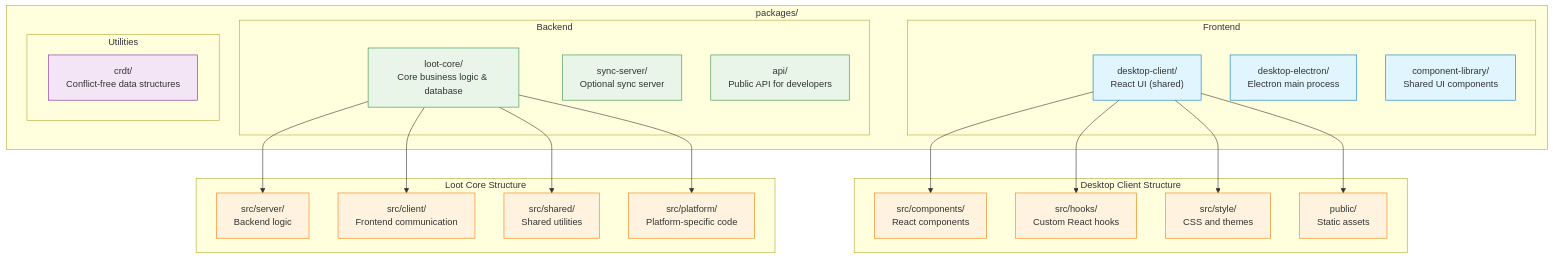
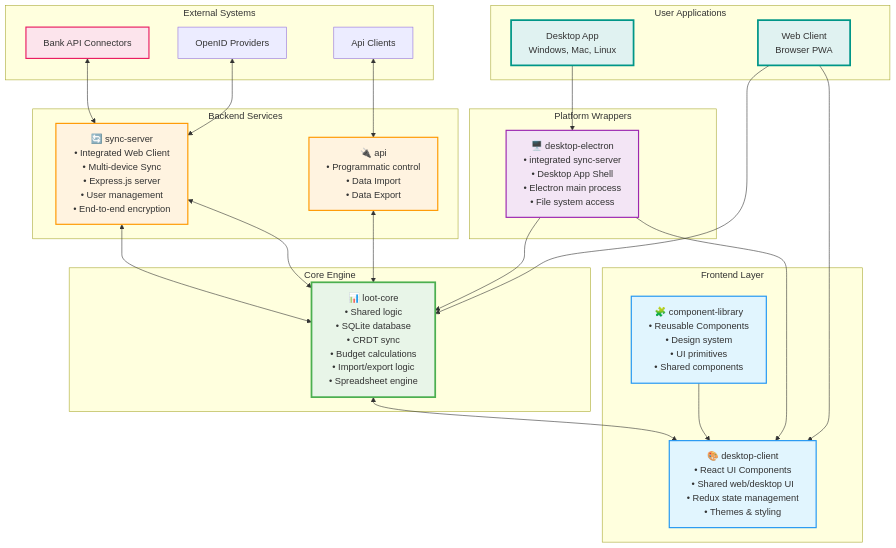
Before and after one commit to actualbudget/docs: the second of 9 diagrams in docs/contributing/project-details/architecture-diagram.md, drawn with Mermaid. The commit also changed other lines of this file and 1 other file, not shown here.

````diff
--- a/docs/contributing/project-details/architecture-diagram.md
+++ b/docs/contributing/project-details/architecture-diagram.md
@@ -44,54 +45,97 @@
 ```mermaid
 graph TB
-    subgraph "packages/"
-        subgraph "Frontend"
-            DC["desktop-client/<br/>React UI (shared)"]
-            DE["desktop-electron/<br/>Electron main process"]
-            CL["component-library/<br/>Shared UI components"]
-        end
-
-        subgraph "Backend"
-            LC["loot-core/<br/>Core business logic & database"]
-            SS["sync-server/<br/>Optional sync server"]
-            API["api/<br/>Public API for developers"]
-        end
-
-        subgraph "Utilities"
-            CRDT["crdt/<br/>Conflict-free data structures"]
-        end
+    subgraph "External Systems"
+        BankAPIs["Bank API Connectors"]
+        OpenID["OpenID Providers"]
+        APIClient["Api Clients"]
     end
 
-    subgraph "Desktop Client Structure"
-        DC_COMP["src/components/<br/>React components"]
-        DC_HOOKS["src/hooks/<br/>Custom React hooks"]
-        DC_STYLE["src/style/<br/>CSS and themes"]
-        DC_PUBLIC["public/<br/>Static assets"]
+    subgraph "Core Engine"
+        LC["📊 loot-core
+        • Shared logic
+        • SQLite database
+        • CRDT sync
+        • Budget calculations
+        • Import/export logic
+        • Spreadsheet engine"]
     end
 
-    subgraph "Loot Core Structure"
-        LC_SERVER["src/server/<br/>Backend logic"]
-        LC_CLIENT["src/client/<br/>Frontend communication"]
-        LC_SHARED["src/shared/<br/>Shared utilities"]
-        LC_PLATFORM["src/platform/<br/>Platform-specific code"]
+    subgraph "Backend Services"
+        SS["🔄 sync-server
+        • Integrated Web Client
+        • Multi-device Sync
+        • Express.js server
+        • User management
+        • End-to-end encryption"]
+        API["🔌 api
+        • Programmatic control
+        • Data Import
+        • Data Export"]
     end
 
-    DC --> DC_COMP
-    DC --> DC_HOOKS
-    DC --> DC_STYLE
-    DC --> DC_PUBLIC
+    subgraph "Frontend Layer"
+        DC["🎨 desktop-client
+        • React UI Components
+        • Shared web/desktop UI
+        • Redux state management
+        • Themes & styling"]
+        CL["🧩 component-library
+        • Reusable Components
+        • Design system
+        • UI primitives
+        • Shared components"]
+    end
 
-    LC --> LC_SERVER
-    LC --> LC_CLIENT
-    LC --> LC_SHARED
-    LC --> LC_PLATFORM
+    subgraph "Platform Wrappers"
+        DE["🖥️ desktop-electron
+        • integrated sync-server
+        • Desktop App Shell
+        • Electron main process
+        • File system access"]
+    end
 
-    classDef frontend fill:#e1f5fe,stroke:#0277bd
-    classDef backend fill:#e8f5e8,stroke:#388e3c
-    classDef utility fill:#f3e5f5,stroke:#7b1fa2
-    classDef structure fill:#fff3e0,stroke:#f57c00
+    subgraph "User Applications"
+        DesktopApp["Desktop App
+        Windows, Mac, Linux"]
+        WebApp["Web Client
+        Browser PWA"]
+    end
 
-    class DC,DE,CL frontend
-    class LC,SS,API backend
-    class CRDT utility
-    class DC_COMP,DC_HOOKS,DC_STYLE,DC_PUBLIC,LC_SERVER,LC_CLIENT,LC_SHARED,LC_PLATFORM structure
+    %% External connections
+    BankAPIs <--> SS
+    OpenID <--> SS
+    APIClient <--> API
+
+    %% Backend flow
+    SS <--> LC
+    SS <--> LC
+    API <--> LC
+
+    %% Frontend flow
+    LC <--> DC
+    CL --> DC
+
+    %% Platform connections
+    DE --> DC
+    DE --> LC
+
+    %% User app connections
+    DesktopApp --> DE
+    WebApp --> DC
+    WebApp --> LC
+
+    %% Styling
+    classDef external fill:#fce4ec,stroke:#e91e63,stroke-width:2px
+    classDef core fill:#e8f5e8,stroke:#4caf50,stroke-width:3px
+    classDef backend fill:#fff3e0,stroke:#ff9800,stroke-width:2px
+    classDef frontend fill:#e1f5fe,stroke:#2196f3,stroke-width:2px
+    classDef platform fill:#f3e5f5,stroke:#9c27b0,stroke-width:2px
+    classDef userapp fill:#e0f2f1,stroke:#009688,stroke-width:3px
+
+    class BankAPIs,DevTools external
+    class LC core
+    class SS,API backend
+    class DC,CL frontend
+    class DE platform
+    class DesktopApp,WebApp userapp
 ```
````
